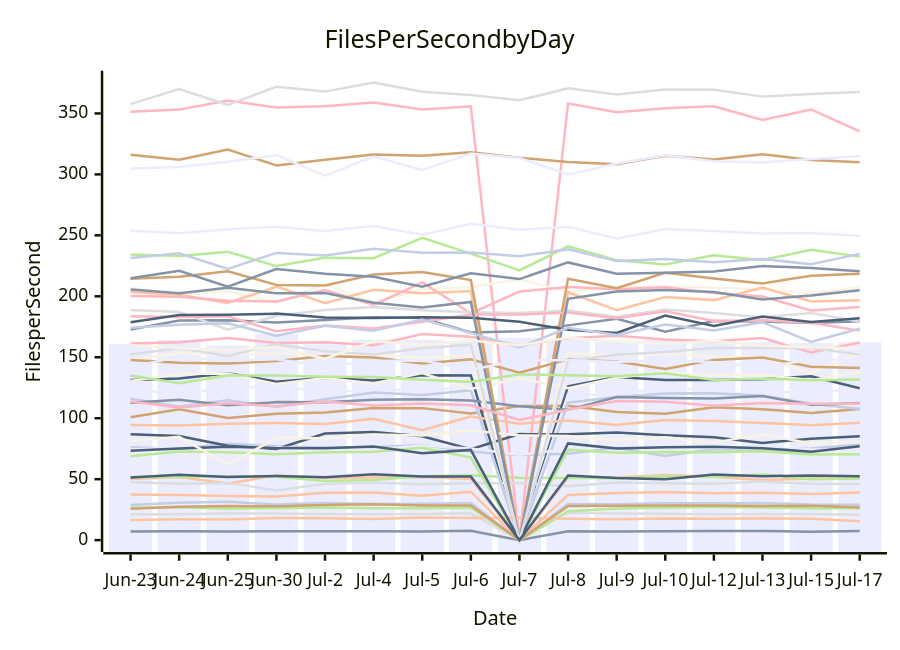
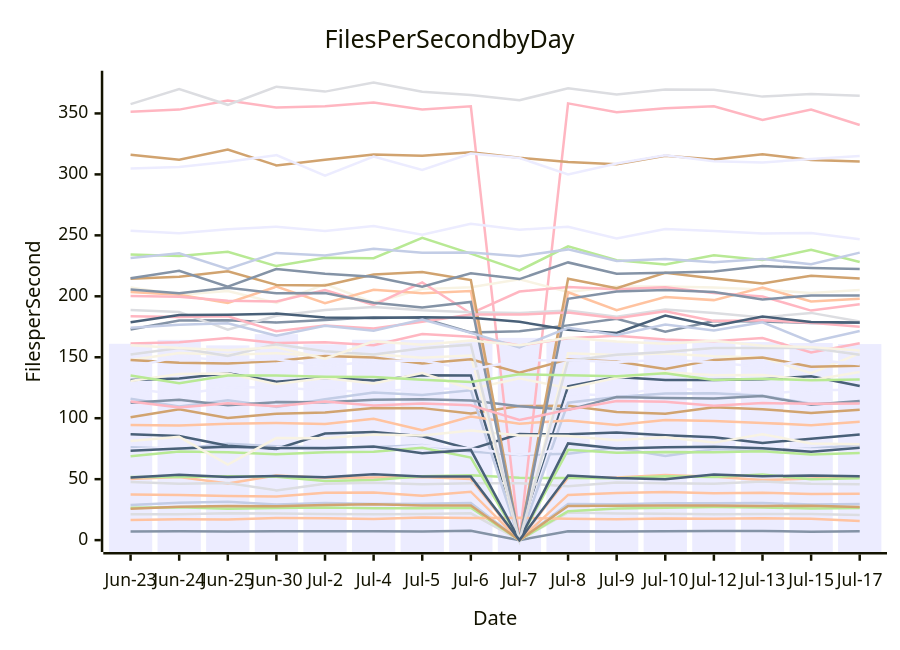
The diagram in perf-report.md (streetsidesoftware/cspell), drawn with Mermaid before and after one commit. The commit also changed other lines of this file and 1 other file, not shown here.

````diff
--- a/perf-report.md
+++ b/perf-report.md
@@ -10,57 +10,57 @@
 ```mermaid
 xychart-beta
     title Files Per Second by Day
     y-axis Files per Second
     x-axis Date [Jun-23, Jun-24, Jun-25, Jun-30, Jul-2, Jul-4, Jul-5, Jul-6, Jul-7, Jul-8, Jul-9, Jul-10, Jul-12, Jul-13, Jul-15, Jul-17]
-    bar [161.06, 164.28, 159.75, 168.95, 160.66, 164.38, 164.27, 162.48, 165.90, 164.83, 163.05, 164.68, 163.19, 162.43, 161.66, 162.20]
-    line [7.12, 7.22, 7.17, 7.37, 7.23, 7.36, 6.99, 7.61, 0.00, 7.24, 7.01, 7.27, 7.49, 7.49, 6.93, 7.52]
-    line [50.23, 51.87, 46.40, 53.06, 51.19, 51.40, 51.86, 50.10, 0.00, 51.21, 51.39, 53.37, 51.98, 49.24, 50.53, 51.76]
-    line [21.30, 21.15, 22.00, 21.90, 21.51, 21.13, 21.43, 22.00, 0.00, 22.72, 21.87, 21.57, 21.20, 21.36, 21.51, 20.73]
-    line [51.73, 51.82, 52.39, 52.00, 48.43, 49.22, 52.34, 53.26, 51.10, 50.86, 50.66, 52.36, 51.79, 53.82, 50.00, 50.47]
-    line [100.84, 107.27, 100.09, 103.62, 104.63, 108.43, 108.27, 103.96, 110.08, 110.20, 105.06, 103.60, 109.02, 107.38, 104.33, 107.47]
-    line [76.22, 74.88, 79.14, 76.99, 75.88, 76.09, 78.08, 72.78, 69.82, 70.79, 75.77, 69.10, 74.66, 73.66, 75.08, 78.46]
-    line [351.35, 353.13, 360.69, 354.83, 355.80, 359.03, 353.22, 355.88, 0.00, 358.26, 350.93, 354.34, 355.82, 344.62, 353.27, 335.33]
-    line [131.39, 132.60, 136.92, 129.95, 133.16, 130.87, 135.23, 135.13, 0.00, 126.22, 133.87, 131.35, 131.34, 131.95, 134.40, 124.56]
-    line [207.28, 201.26, 204.34, 194.65, 210.00, 194.85, 205.89, 207.36, 213.92, 203.52, 207.94, 208.03, 207.20, 205.62, 202.63, 207.17]
-    line [124.29, 119.55, 125.16, 125.39, 122.70, 121.73, 124.30, 123.97, 0.00, 119.80, 118.70, 125.49, 121.97, 119.76, 122.93, 122.40]
-    line [172.84, 180.05, 180.38, 178.52, 180.47, 182.90, 182.10, 170.31, 171.39, 176.15, 181.65, 170.98, 179.72, 179.37, 178.07, 179.57]
-    line [203.46, 201.26, 194.60, 207.89, 194.40, 205.29, 202.49, 204.26, 0.00, 203.31, 188.55, 199.47, 196.87, 207.15, 195.83, 196.85]
-    line [47.61, 46.18, 46.86, 40.79, 46.17, 47.03, 45.86, 46.70, 46.74, 44.23, 47.36, 46.58, 46.27, 47.99, 46.18, 46.11]
-    line [26.60, 26.95, 25.71, 26.35, 26.84, 26.11, 26.06, 26.52, 0.00, 23.76, 25.86, 26.61, 27.13, 26.83, 25.90, 26.14]
-    line [316.02, 312.10, 320.45, 307.34, 312.08, 316.35, 315.20, 318.22, 313.66, 310.11, 308.24, 315.35, 312.26, 316.54, 311.74, 309.94]
-    line [116.01, 109.65, 114.81, 109.29, 115.47, 121.09, 119.06, 122.86, 0.00, 112.77, 117.49, 120.30, 120.41, 118.48, 111.84, 107.64]
-    line [200.19, 199.73, 196.39, 195.67, 205.11, 192.90, 211.35, 185.93, 203.88, 207.58, 205.87, 207.35, 202.66, 199.84, 188.27, 191.14]
-    line [86.88, 85.49, 77.34, 74.76, 87.51, 88.59, 85.26, 74.62, 86.95, 86.80, 88.24, 86.00, 84.39, 79.74, 83.17, 85.29]
-    line [130.59, 136.24, 136.67, 127.99, 132.91, 128.52, 136.97, 123.97, 132.77, 124.67, 133.15, 137.66, 135.26, 135.39, 131.25, 138.00]
-    line [74.26, 76.13, 73.45, 76.23, 74.07, 74.35, 77.62, 75.07, 70.03, 74.46, 78.13, 73.01, 75.98, 75.26, 74.39, 73.65]
-    line [112.71, 115.12, 110.67, 113.20, 113.18, 115.07, 115.63, 114.45, 109.79, 106.87, 117.37, 116.66, 116.21, 118.14, 111.02, 112.24]
-    line [94.35, 94.02, 95.44, 96.15, 95.34, 99.55, 90.07, 101.41, 95.54, 98.21, 94.52, 98.50, 97.78, 96.17, 94.33, 96.25]
-    line [188.80, 187.17, 172.53, 184.06, 188.67, 191.18, 188.53, 186.82, 186.30, 188.38, 183.25, 189.14, 186.31, 182.67, 186.39, 179.33]
-    line [234.34, 233.01, 236.58, 224.78, 231.59, 231.28, 247.94, 235.03, 221.17, 240.95, 229.51, 226.18, 233.66, 229.73, 238.10, 232.54]
-    line [214.37, 216.02, 220.47, 209.37, 208.94, 217.94, 219.88, 213.33, 0.00, 214.36, 206.61, 219.33, 214.62, 210.58, 216.81, 218.49]
-    line [28.80, 30.64, 31.41, 29.25, 30.37, 29.62, 29.89, 30.35, 0.00, 29.68, 29.34, 30.24, 30.35, 30.53, 29.15, 29.10]
-    line [183.71, 182.95, 183.62, 171.28, 176.05, 173.54, 179.14, 185.15, 184.99, 186.71, 181.92, 187.82, 179.82, 180.43, 178.37, 171.84]
-    line [178.80, 184.67, 184.84, 185.79, 182.56, 182.17, 182.82, 182.50, 179.12, 172.62, 169.88, 184.28, 175.71, 183.39, 178.90, 181.99]
-    line [147.83, 153.51, 152.15, 153.26, 150.82, 152.56, 149.61, 151.37, 0.00, 153.34, 151.79, 153.10, 150.91, 149.71, 136.98, 153.52]
-    line [304.83, 306.07, 310.41, 315.81, 298.93, 314.56, 303.69, 317.11, 313.48, 300.01, 308.91, 315.76, 310.85, 309.84, 312.53, 314.79]
-    line [214.79, 220.92, 207.92, 222.39, 218.49, 216.06, 207.77, 218.95, 214.11, 227.80, 218.56, 219.23, 220.42, 224.78, 223.29, 220.45]
-    line [16.59, 17.11, 17.00, 18.16, 17.94, 17.30, 18.64, 18.07, 18.36, 17.45, 17.16, 17.77, 17.48, 17.96, 17.52, 15.50]
-    line [357.60, 370.08, 357.07, 371.96, 367.90, 375.27, 367.85, 365.20, 360.83, 370.59, 365.59, 369.56, 369.35, 363.79, 365.85, 367.53]
-    line [68.82, 72.77, 72.13, 70.38, 72.17, 72.40, 75.76, 67.72, 0.00, 74.05, 71.58, 72.37, 72.08, 72.80, 70.30, 70.49]
-    line [147.78, 145.47, 144.87, 146.87, 151.06, 149.73, 144.88, 148.36, 137.35, 148.23, 146.43, 140.41, 147.84, 149.86, 142.29, 141.15]
-    line [231.36, 235.26, 222.40, 235.59, 233.45, 238.97, 235.75, 235.89, 232.86, 238.48, 229.00, 230.57, 227.85, 230.59, 226.26, 234.79]
-    line [161.29, 162.24, 165.87, 161.72, 162.26, 159.82, 169.05, 166.75, 159.60, 165.64, 167.61, 164.48, 163.07, 165.84, 153.93, 162.11]
-    line [73.34, 75.14, 76.59, 75.51, 75.45, 76.79, 71.21, 73.99, 0.00, 79.33, 75.23, 76.27, 76.63, 75.41, 72.48, 76.99]
-    line [81.29, 84.76, 61.88, 83.73, 83.48, 86.69, 85.83, 89.91, 85.92, 85.41, 81.93, 84.31, 79.99, 86.85, 79.35, 80.33]
-    line [253.77, 251.67, 255.05, 257.07, 253.64, 257.67, 250.47, 259.54, 254.67, 257.07, 247.35, 255.25, 253.55, 251.59, 252.00, 249.57]
-    line [205.60, 202.43, 207.02, 202.54, 202.72, 194.67, 190.86, 195.33, 0.00, 197.97, 203.94, 205.22, 203.61, 197.40, 200.74, 204.98]
-    line [37.48, 36.99, 36.10, 35.86, 38.94, 38.99, 36.38, 39.71, 0.00, 37.09, 38.73, 39.43, 38.35, 38.90, 37.77, 39.05]
-    line [152.29, 157.67, 151.07, 160.69, 154.94, 152.23, 157.47, 160.32, 0.00, 147.14, 152.12, 154.25, 157.55, 157.57, 157.54, 152.16]
-    line [135.01, 128.78, 135.00, 135.05, 134.05, 133.73, 131.56, 129.78, 136.12, 135.18, 134.44, 136.88, 131.27, 132.43, 131.04, 131.68]
-    line [25.82, 27.29, 28.03, 27.82, 28.74, 29.48, 28.36, 28.34, 0.00, 27.98, 28.10, 28.43, 28.38, 28.02, 28.20, 26.80]
-    line [174.24, 176.57, 177.80, 167.68, 175.75, 171.75, 180.95, 169.97, 158.13, 174.21, 168.28, 176.77, 172.02, 178.72, 162.59, 173.58]
-    line [113.71, 108.86, 112.34, 109.73, 113.68, 110.37, 111.97, 110.64, 98.54, 106.95, 114.12, 113.53, 110.15, 112.38, 111.90, 111.91]
-    line [51.44, 53.68, 51.84, 52.69, 51.50, 53.98, 52.25, 52.09, 0.00, 53.03, 50.88, 50.01, 53.83, 52.41, 53.08, 52.32]
-    line [159.81, 157.56, 155.70, 158.25, 148.90, 163.02, 160.27, 163.84, 159.78, 166.09, 162.99, 161.12, 163.50, 159.47, 158.31, 157.32]
-    line [141.81, 150.65, 147.20, 148.34, 142.33, 146.88, 147.38, 139.67, 147.57, 147.61, 146.15, 148.02, 145.81, 141.78, 148.18, 147.70]
+    bar [161.06, 164.28, 159.75, 168.95, 160.66, 164.38, 164.27, 162.48, 165.90, 164.83, 163.05, 164.68, 163.19, 162.43, 161.66, 160.81]
+    line [7.12, 7.22, 7.17, 7.37, 7.23, 7.36, 6.99, 7.61, 0.00, 7.24, 7.01, 7.27, 7.49, 7.49, 6.93, 7.35]
+    line [50.23, 51.87, 46.40, 53.06, 51.19, 51.40, 51.86, 50.10, 0.00, 51.21, 51.39, 53.37, 51.98, 49.24, 50.53, 52.10]
+    line [21.30, 21.15, 22.00, 21.90, 21.51, 21.13, 21.43, 22.00, 0.00, 22.72, 21.87, 21.57, 21.20, 21.36, 21.51, 20.58]
+    line [51.73, 51.82, 52.39, 52.00, 48.43, 49.22, 52.34, 53.26, 51.10, 50.86, 50.66, 52.36, 51.79, 53.82, 50.00, 50.85]
+    line [100.84, 107.27, 100.09, 103.62, 104.63, 108.43, 108.27, 103.96, 110.08, 110.20, 105.06, 103.60, 109.02, 107.38, 104.33, 107.04]
+    line [76.22, 74.88, 79.14, 76.99, 75.88, 76.09, 78.08, 72.78, 69.82, 70.79, 75.77, 69.10, 74.66, 73.66, 75.08, 77.97]
+    line [351.35, 353.13, 360.69, 354.83, 355.80, 359.03, 353.22, 355.88, 0.00, 358.26, 350.93, 354.34, 355.82, 344.62, 353.27, 340.52]
+    line [131.39, 132.60, 136.92, 129.95, 133.16, 130.87, 135.23, 135.13, 0.00, 126.22, 133.87, 131.35, 131.34, 131.95, 134.40, 126.35]
+    line [207.28, 201.26, 204.34, 194.65, 210.00, 194.85, 205.89, 207.36, 213.92, 203.52, 207.94, 208.03, 207.20, 205.62, 202.63, 205.11]
+    line [124.29, 119.55, 125.16, 125.39, 122.70, 121.73, 124.30, 123.97, 0.00, 119.80, 118.70, 125.49, 121.97, 119.76, 122.93, 123.39]
+    line [172.84, 180.05, 180.38, 178.52, 180.47, 182.90, 182.10, 170.31, 171.39, 176.15, 181.65, 170.98, 179.72, 179.37, 178.07, 178.35]
+    line [203.46, 201.26, 194.60, 207.89, 194.40, 205.29, 202.49, 204.26, 0.00, 203.31, 188.55, 199.47, 196.87, 207.15, 195.83, 198.09]
+    line [47.61, 46.18, 46.86, 40.79, 46.17, 47.03, 45.86, 46.70, 46.74, 44.23, 47.36, 46.58, 46.27, 47.99, 46.18, 45.89]
+    line [26.60, 26.95, 25.71, 26.35, 26.84, 26.11, 26.06, 26.52, 0.00, 23.76, 25.86, 26.61, 27.13, 26.83, 25.90, 26.40]
+    line [316.02, 312.10, 320.45, 307.34, 312.08, 316.35, 315.20, 318.22, 313.66, 310.11, 308.24, 315.35, 312.26, 316.54, 311.74, 310.63]
+    line [116.01, 109.65, 114.81, 109.29, 115.47, 121.09, 119.06, 122.86, 0.00, 112.77, 117.49, 120.30, 120.41, 118.48, 111.84, 112.66]
+    line [200.19, 199.73, 196.39, 195.67, 205.11, 192.90, 211.35, 185.93, 203.88, 207.58, 205.87, 207.35, 202.66, 199.84, 188.27, 193.42]
+    line [86.88, 85.49, 77.34, 74.76, 87.51, 88.59, 85.26, 74.62, 86.95, 86.80, 88.24, 86.00, 84.39, 79.74, 83.17, 86.61]
+    line [130.59, 136.24, 136.67, 127.99, 132.91, 128.52, 136.97, 123.97, 132.77, 124.67, 133.15, 137.66, 135.26, 135.39, 131.25, 137.83]
+    line [74.26, 76.13, 73.45, 76.23, 74.07, 74.35, 77.62, 75.07, 70.03, 74.46, 78.13, 73.01, 75.98, 75.26, 74.39, 74.57]
+    line [112.71, 115.12, 110.67, 113.20, 113.18, 115.07, 115.63, 114.45, 109.79, 106.87, 117.37, 116.66, 116.21, 118.14, 111.02, 114.16]
+    line [94.35, 94.02, 95.44, 96.15, 95.34, 99.55, 90.07, 101.41, 95.54, 98.21, 94.52, 98.50, 97.78, 96.17, 94.33, 97.04]
+    line [188.80, 187.17, 172.53, 184.06, 188.67, 191.18, 188.53, 186.82, 186.30, 188.38, 183.25, 189.14, 186.31, 182.67, 186.39, 179.31]
+    line [234.34, 233.01, 236.58, 224.78, 231.59, 231.28, 247.94, 235.03, 221.17, 240.95, 229.51, 226.18, 233.66, 229.73, 238.10, 228.16]
+    line [214.37, 216.02, 220.47, 209.37, 208.94, 217.94, 219.88, 213.33, 0.00, 214.36, 206.61, 219.33, 214.62, 210.58, 216.81, 214.69]
+    line [28.80, 30.64, 31.41, 29.25, 30.37, 29.62, 29.89, 30.35, 0.00, 29.68, 29.34, 30.24, 30.35, 30.53, 29.15, 29.59]
+    line [183.71, 182.95, 183.62, 171.28, 176.05, 173.54, 179.14, 185.15, 184.99, 186.71, 181.92, 187.82, 179.82, 180.43, 178.37, 174.98]
+    line [178.80, 184.67, 184.84, 185.79, 182.56, 182.17, 182.82, 182.50, 179.12, 172.62, 169.88, 184.28, 175.71, 183.39, 178.90, 178.60]
+    line [147.83, 153.51, 152.15, 153.26, 150.82, 152.56, 149.61, 151.37, 0.00, 153.34, 151.79, 153.10, 150.91, 149.71, 136.98, 153.14]
+    line [304.83, 306.07, 310.41, 315.81, 298.93, 314.56, 303.69, 317.11, 313.48, 300.01, 308.91, 315.76, 310.85, 309.84, 312.53, 315.03]
+    line [214.79, 220.92, 207.92, 222.39, 218.49, 216.06, 207.77, 218.95, 214.11, 227.80, 218.56, 219.23, 220.42, 224.78, 223.29, 222.43]
+    line [16.59, 17.11, 17.00, 18.16, 17.94, 17.30, 18.64, 18.07, 18.36, 17.45, 17.16, 17.77, 17.48, 17.96, 17.52, 15.60]
+    line [357.60, 370.08, 357.07, 371.96, 367.90, 375.27, 367.85, 365.20, 360.83, 370.59, 365.59, 369.56, 369.35, 363.79, 365.85, 364.51]
+    line [68.82, 72.77, 72.13, 70.38, 72.17, 72.40, 75.76, 67.72, 0.00, 74.05, 71.58, 72.37, 72.08, 72.80, 70.30, 71.38]
+    line [147.78, 145.47, 144.87, 146.87, 151.06, 149.73, 144.88, 148.36, 137.35, 148.23, 146.43, 140.41, 147.84, 149.86, 142.29, 143.07]
+    line [231.36, 235.26, 222.40, 235.59, 233.45, 238.97, 235.75, 235.89, 232.86, 238.48, 229.00, 230.57, 227.85, 230.59, 226.26, 235.84]
+    line [161.29, 162.24, 165.87, 161.72, 162.26, 159.82, 169.05, 166.75, 159.60, 165.64, 167.61, 164.48, 163.07, 165.84, 153.93, 161.48]
+    line [73.34, 75.14, 76.59, 75.51, 75.45, 76.79, 71.21, 73.99, 0.00, 79.33, 75.23, 76.27, 76.63, 75.41, 72.48, 75.77]
+    line [81.29, 84.76, 61.88, 83.73, 83.48, 86.69, 85.83, 89.91, 85.92, 85.41, 81.93, 84.31, 79.99, 86.85, 79.35, 78.74]
+    line [253.77, 251.67, 255.05, 257.07, 253.64, 257.67, 250.47, 259.54, 254.67, 257.07, 247.35, 255.25, 253.55, 251.59, 252.00, 246.87]
+    line [205.60, 202.43, 207.02, 202.54, 202.72, 194.67, 190.86, 195.33, 0.00, 197.97, 203.94, 205.22, 203.61, 197.40, 200.74, 200.72]
+    line [37.48, 36.99, 36.10, 35.86, 38.94, 38.99, 36.38, 39.71, 0.00, 37.09, 38.73, 39.43, 38.35, 38.90, 37.77, 38.11]
+    line [152.29, 157.67, 151.07, 160.69, 154.94, 152.23, 157.47, 160.32, 0.00, 147.14, 152.12, 154.25, 157.55, 157.57, 157.54, 152.05]
+    line [135.01, 128.78, 135.00, 135.05, 134.05, 133.73, 131.56, 129.78, 136.12, 135.18, 134.44, 136.88, 131.27, 132.43, 131.04, 131.83]
+    line [25.82, 27.29, 28.03, 27.82, 28.74, 29.48, 28.36, 28.34, 0.00, 27.98, 28.10, 28.43, 28.38, 28.02, 28.20, 27.23]
+    line [174.24, 176.57, 177.80, 167.68, 175.75, 171.75, 180.95, 169.97, 158.13, 174.21, 168.28, 176.77, 172.02, 178.72, 162.59, 171.56]
+    line [113.71, 108.86, 112.34, 109.73, 113.68, 110.37, 111.97, 110.64, 98.54, 106.95, 114.12, 113.53, 110.15, 112.38, 111.90, 112.10]
+    line [51.44, 53.68, 51.84, 52.69, 51.50, 53.98, 52.25, 52.09, 0.00, 53.03, 50.88, 50.01, 53.83, 52.41, 53.08, 52.40]
+    line [159.81, 157.56, 155.70, 158.25, 148.90, 163.02, 160.27, 163.84, 159.78, 166.09, 162.99, 161.12, 163.50, 159.47, 158.31, 155.54]
+    line [141.81, 150.65, 147.20, 148.34, 142.33, 146.88, 147.38, 139.67, 147.57, 147.61, 146.15, 148.02, 145.81, 141.78, 148.18, 144.29]
 ```
````
